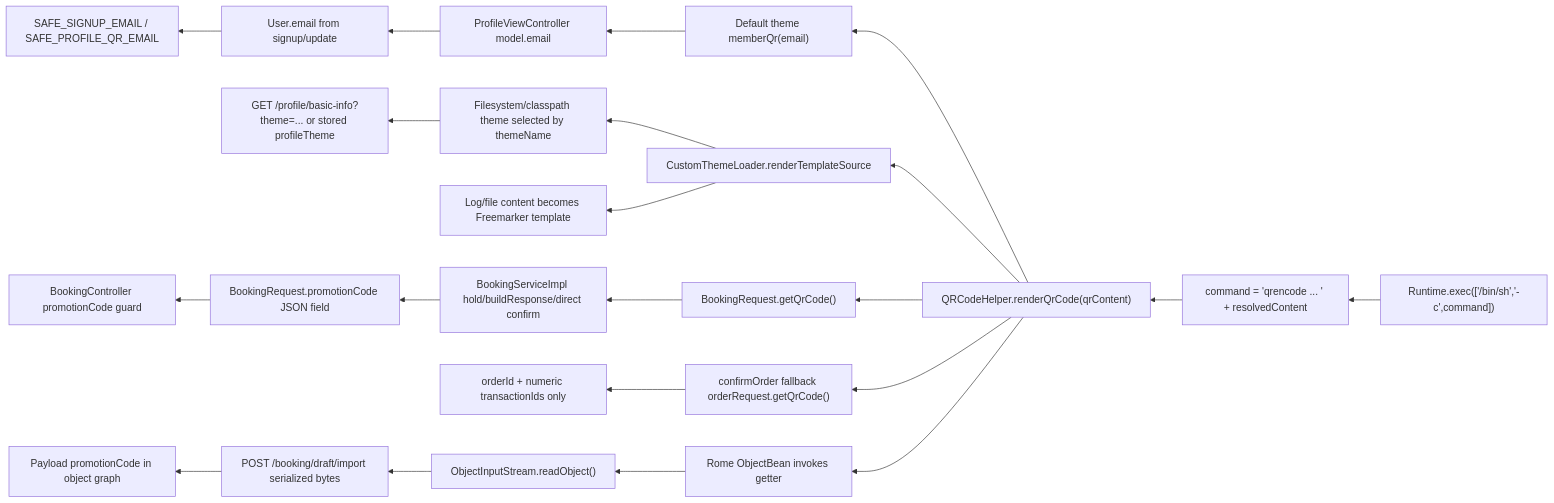
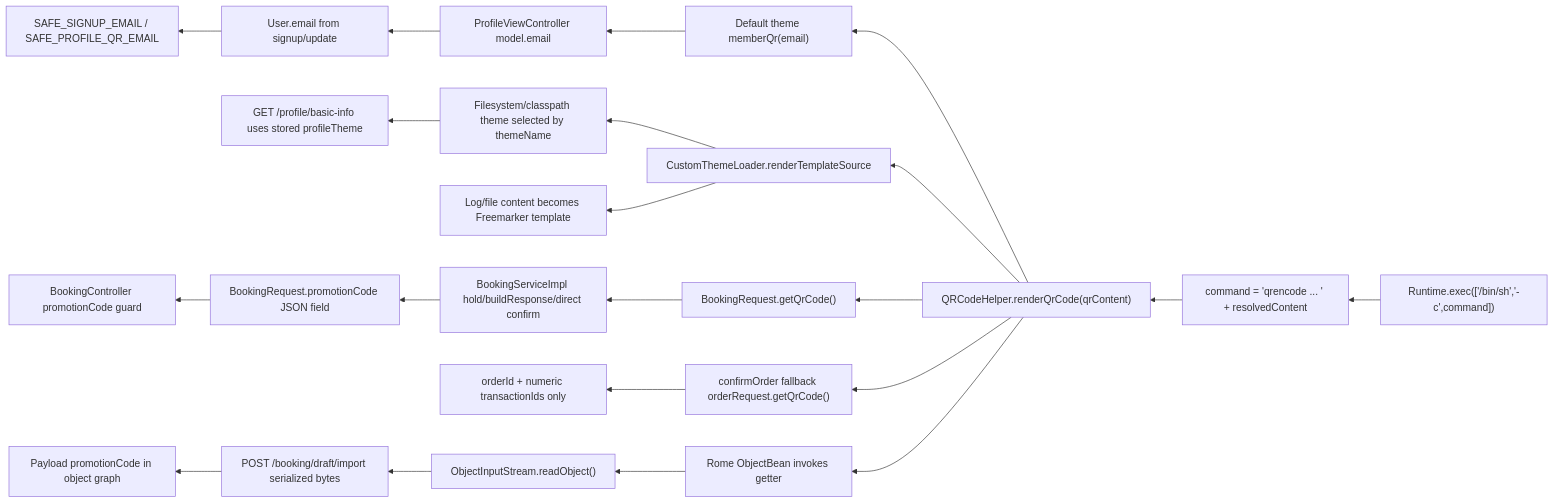
Before and after one commit to tr1la/WebLab_KTVAirline: diagram 13 of 33 in Report/Weblab All Vulnerabilities.md, drawn with Mermaid. The commit also changed other lines of this file, not shown here.

````diff
--- a/Report/Weblab All Vulnerabilities.md
+++ b/Report/Weblab All Vulnerabilities.md
@@ -2214,37 +2214,37 @@
 ```mermaid
 flowchart RL
     Q1["Runtime.exec(['/bin/sh','-c',command])"]
     Q2["command = 'qrencode ... ' + resolvedContent"]
     Q3["QRCodeHelper.renderQrCode(qrContent)"]
 
     P1["Default theme memberQr(email)"]
     P2["ProfileViewController model.email"]
     P3["User.email from signup/update"]
     P4["SAFE_SIGNUP_EMAIL / SAFE_PROFILE_QR_EMAIL"]
 
     T1["CustomThemeLoader.renderTemplateSource"]
     T2["Filesystem/classpath theme selected by themeName"]
-    T3["GET /profile/basic-info?theme=... or stored profileTheme"]
+    T3["GET /profile/basic-info uses stored profileTheme"]
     T4["Log/file content becomes Freemarker template"]
 
     B1["BookingRequest.getQrCode()"]
     B2["BookingServiceImpl hold/buildResponse/direct confirm"]
     B3["BookingRequest.promotionCode JSON field"]
     B4["BookingController promotionCode guard"]
 
     C1["confirmOrder fallback orderRequest.getQrCode()"]
     C2["orderId + numeric transactionIds only"]
 
     D1["Rome ObjectBean invokes getter"]
     D2["ObjectInputStream.readObject()"]
     D3["POST /booking/draft/import serialized bytes"]
     D4["Payload promotionCode in object graph"]
 
     Q1 --> Q2 --> Q3
     Q3 --> P1 --> P2 --> P3 --> P4
     Q3 --> T1 --> T2 --> T3
     T1 --> T4
     Q3 --> B1 --> B2 --> B3 --> B4
     Q3 --> C1 --> C2
     Q3 --> D1 --> D2 --> D3 --> D4
 ```
````
